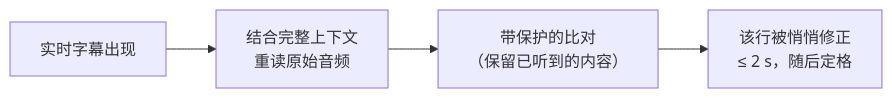
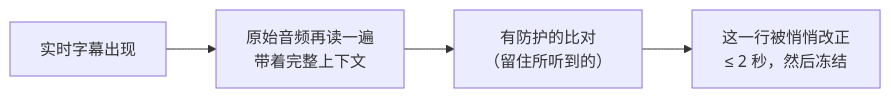
Before and after one commit to rpalm01-star/VigilantEarLegal: the third of 4 diagrams in README_zh-Hans.md, drawn with Mermaid. The commit also changed other lines of this file and 14 other files, not shown here.

````diff
--- a/README_zh-Hans.md
+++ b/README_zh-Hans.md
@@ -168,4 +203,4 @@
 ```mermaid
 graph LR
-    L["实时字幕出现"] --> K["结合完整上下文<br/>重读原始音频"] --> V["带保护的比对<br/>（保留已听到的内容）"] --> W["该行被悄悄修正<br/>≤ 2 s，随后定格"]
+    L["实时字幕出现"] --> K["原始音频再读一遍<br/>带着完整上下文"] --> V["有防护的比对<br/>（留住所听到的）"] --> W["这一行被悄悄改正<br/>≤ 2 秒，然后冻结"]
 ```
````
